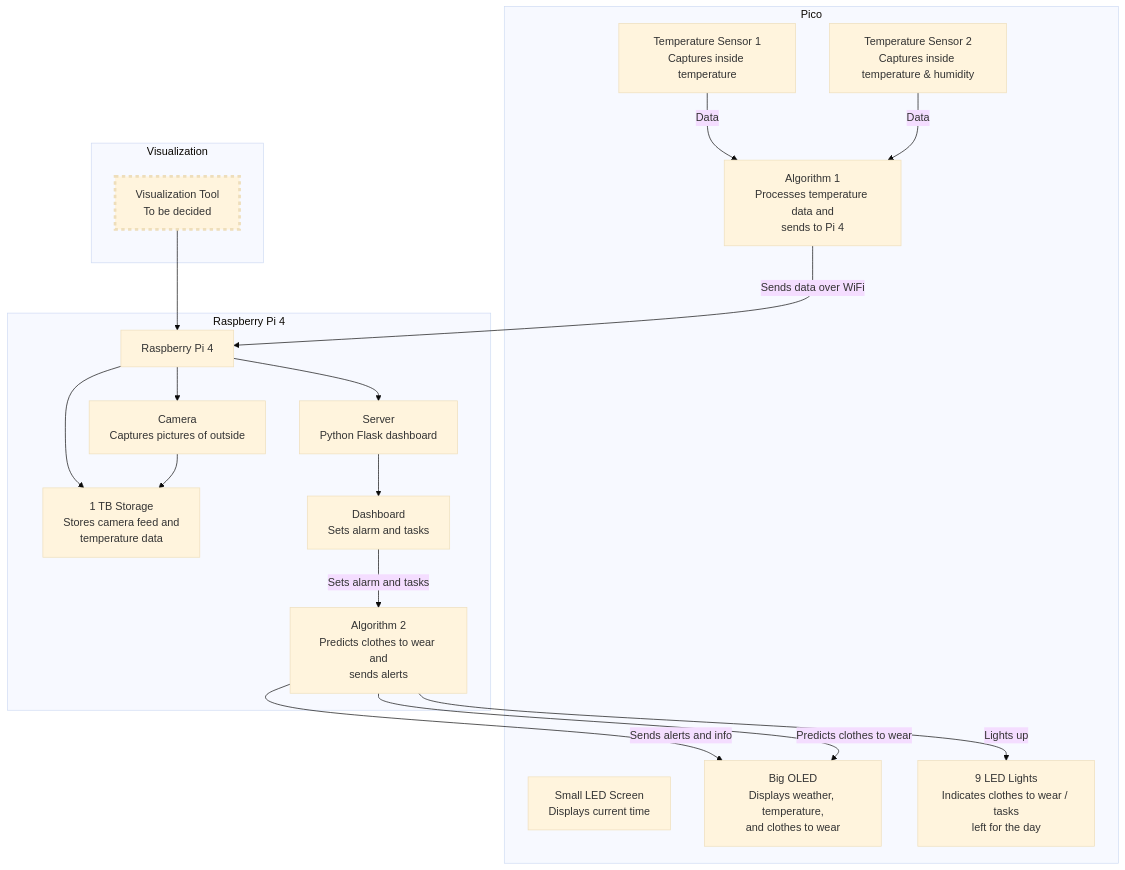
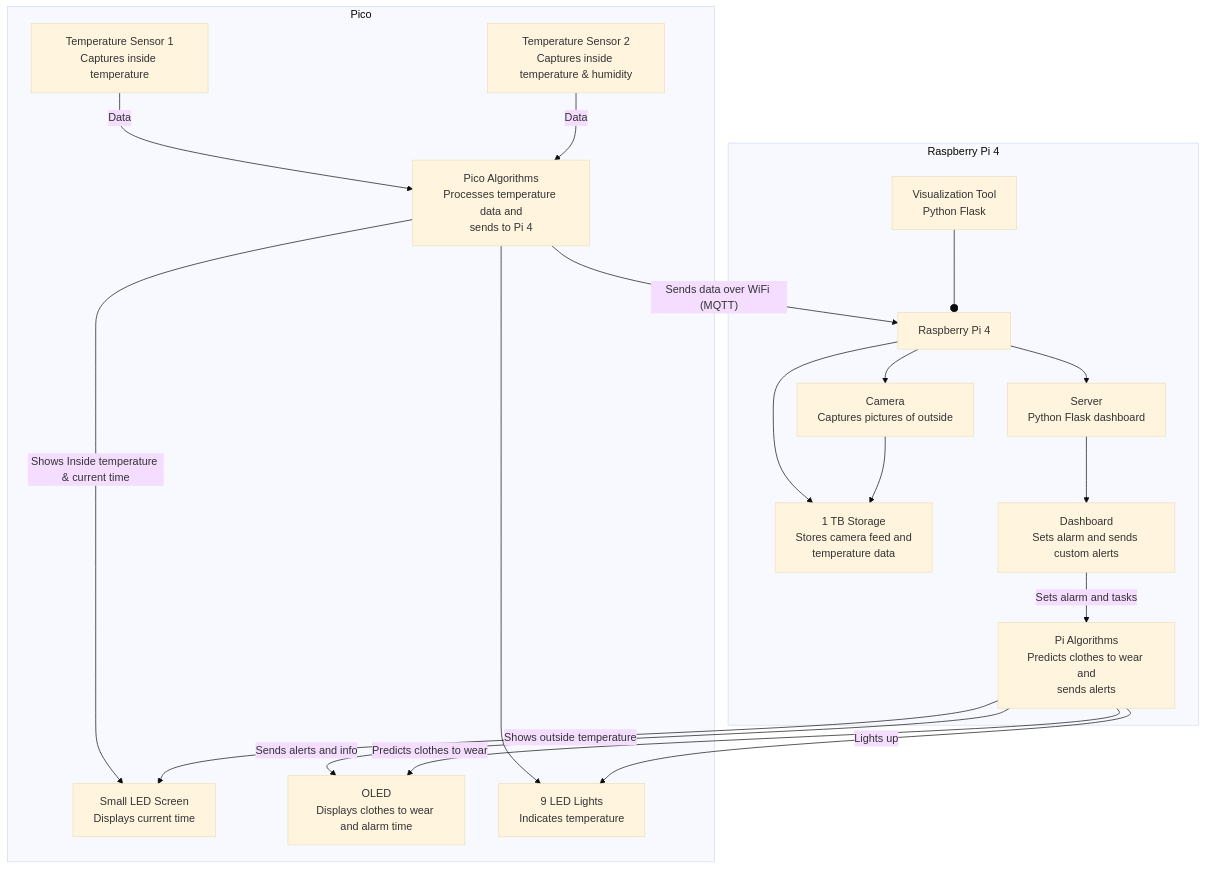
The diagram in README.md (frankuman/SWEATER-IoT), drawn with Mermaid (base theme) before and after one commit. The commit also changed other lines of this file, not shown here.

````diff
--- a/README.md
+++ b/README.md
@@ -10,35 +14,34 @@
 ```mermaid
 flowchart TB
  subgraph Pico["Pico"]
         LEDScreen["Small LED Screen<br>Displays current time"]
-        BigOLED["Big OLED<br>Displays weather, temperature,<br>and clothes to wear"]
+        BigOLED["OLED<br>Displays clothes to wear and alarm time"]
         TmpSens1["Temperature Sensor 1<br>Captures inside temperature"]
         TmpSens2["Temperature Sensor 2<br>Captures inside temperature &amp; humidity"]
-        LEDLights["9 LED Lights<br>Indicates clothes to wear / tasks<br>left for the day"]
-        Algorithm1["Algorithm 1<br>Processes temperature data and<br>sends to Pi 4"]
+        LEDLights["9 LED Lights<br>Indicates temperature"]
+        Algorithm1["Pico Algorithms<br>Processes temperature data and<br>sends to Pi 4"]
   end
  subgraph RaspberryPi4["Raspberry Pi 4"]
         Pi4["Raspberry Pi 4"]
         Camera["Camera<br>Captures pictures of outside"]
         Storage["1 TB Storage<br>Stores camera feed and<br>temperature data"]
         Server["Server<br>Python Flask dashboard"]
-        Dashboard["Dashboard<br>Sets alarm and tasks"]
-        Algorithm2["Algorithm 2<br>Predicts clothes to wear and<br>sends alerts"]
+        Dashboard["Dashboard<br>Sets alarm and sends custom alerts"]
+        Algorithm2["Pi Algorithms<br>Predicts clothes to wear and<br>sends alerts"]
+        NotDecided["Visualization Tool<br>Python Flask"]
   end
- subgraph Visualization["Visualization"]
-        NotDecided["Visualization Tool<br>To be decided"]
-  end
-
     TmpSens1 -- Data --> Algorithm1
     TmpSens2 -- Data --> Algorithm1
-    Algorithm1 -- Sends data over WiFi --> Pi4
+    Algorithm1 -- Sends data over WiFi (MQTT) --> Pi4
+    Algorithm1 --> LEDLights
     Pi4 --> Camera & Storage & Server
     Camera --> Storage
     Server --> Dashboard
+    Algorithm1 -- Shows Inside temperature & current time --> LEDScreen
+    Algorithm2 -- Shows outside temperature --> LEDScreen
     Dashboard -- Sets alarm and tasks --> Algorithm2
     Algorithm2 -- Sends alerts and info --> BigOLED
     Algorithm2 -- Lights up --> LEDLights
     Algorithm2 -- Predicts clothes to wear --> BigOLED
-    NotDecided --> Pi4
-    style NotDecided stroke-width:4px,stroke-dasharray: 5
+    NotDecided --o Pi4
 ```
````
